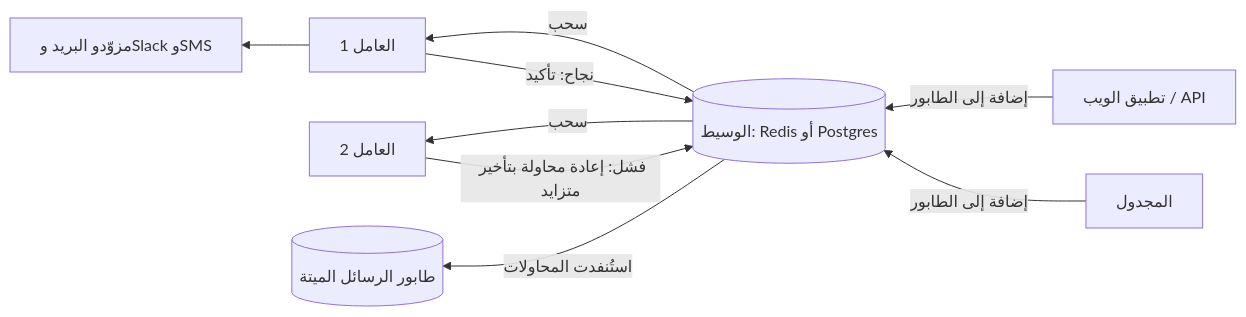
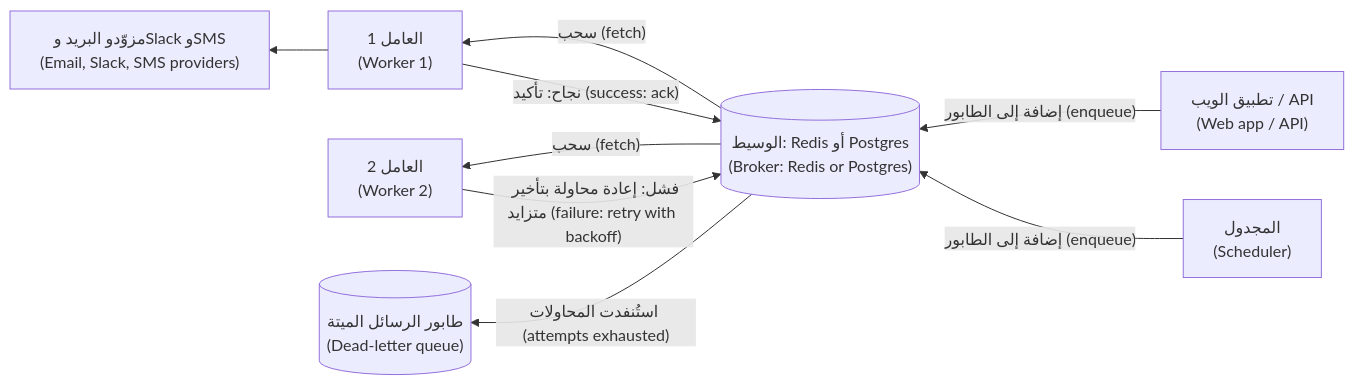
One commit to Tamoura/system-design-for-vibe-coders changed the first of 4 diagrams in saas/modules/05-background-integrations.ar.md. Above: the diagram before and after it, drawn with Mermaid. The commit also changed other lines of this file and 62 other files, not shown here.

First line of the commit message:
Arabic editions: English on every diagram label, RTL fixes, rebuild

````diff
--- a/saas/modules/05-background-integrations.ar.md
+++ b/saas/modules/05-background-integrations.ar.md
@@ -44,11 +44,11 @@
 ```mermaid
 flowchart RL
-  API["تطبيق الويب / API"] -->|"إضافة إلى الطابور"| B[("الوسيط: Redis أو Postgres")]
-  SCH["المجدول"] -->|"إضافة إلى الطابور"| B
-  B -->|"سحب"| W1["العامل 1"]
-  B -->|"سحب"| W2["العامل 2"]
-  W1 -->|"نجاح: تأكيد"| B
-  W2 -->|"فشل: إعادة محاولة بتأخير متزايد"| B
-  B -->|"استُنفدت المحاولات"| DLQ[("طابور الرسائل الميتة")]
-  W1 --> EXT["مزوّدو البريد وSlack وSMS"]
+  API["تطبيق الويب / API<br/>(Web app / API)"] -->|"إضافة إلى الطابور (enqueue)"| B[("الوسيط: Redis أو Postgres<br/>(Broker: Redis or Postgres)")]
+  SCH["المجدول<br/>(Scheduler)"] -->|"إضافة إلى الطابور (enqueue)"| B
+  B -->|"سحب (fetch)"| W1["العامل 1<br/>(Worker 1)"]
+  B -->|"سحب (fetch)"| W2["العامل 2<br/>(Worker 2)"]
+  W1 -->|"نجاح: تأكيد (success: ack)"| B
+  W2 -->|"فشل: إعادة محاولة بتأخير متزايد (failure: retry with backoff)"| B
+  B -->|"استُنفدت المحاولات (attempts exhausted)"| DLQ[("طابور الرسائل الميتة<br/>(Dead-letter queue)")]
+  W1 --> EXT["مزوّدو البريد وSlack وSMS<br/>(Email, Slack, SMS providers)"]
 ```
````
